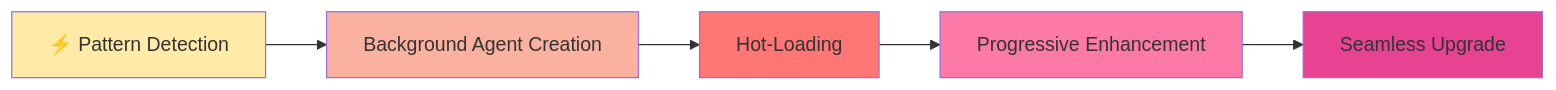
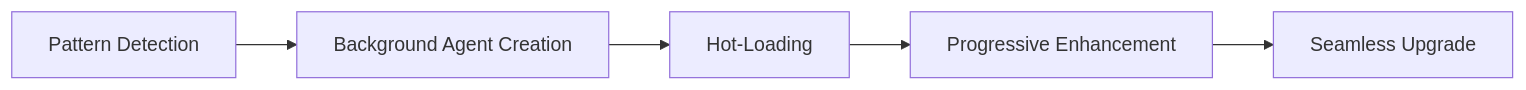
Before and after one commit to Gravicity/SAZ-Mini: the fourth of 4 diagrams in README.md, drawn with Mermaid. The commit also changed other lines of this file, not shown here.

````diff
--- a/README.md
+++ b/README.md
@@ -271,13 +252,7 @@
 ```mermaid
 flowchart LR
-    A["⚡ Pattern Detection"] --> B["Background Agent Creation"]
-    B --> C["Hot-Loading"]
-    C --> D["Progressive Enhancement"]
-    D --> E["Seamless Upgrade"]
-    
-    style A fill:#ffeaa7
-    style B fill:#fab1a0
-    style C fill:#ff7675
-    style D fill:#fd79a8
-    style E fill:#e84393
+    A[Pattern Detection] --> B[Background Agent Creation]
+    B --> C[Hot-Loading]
+    C --> D[Progressive Enhancement]
+    D --> E[Seamless Upgrade]
 ```
````
